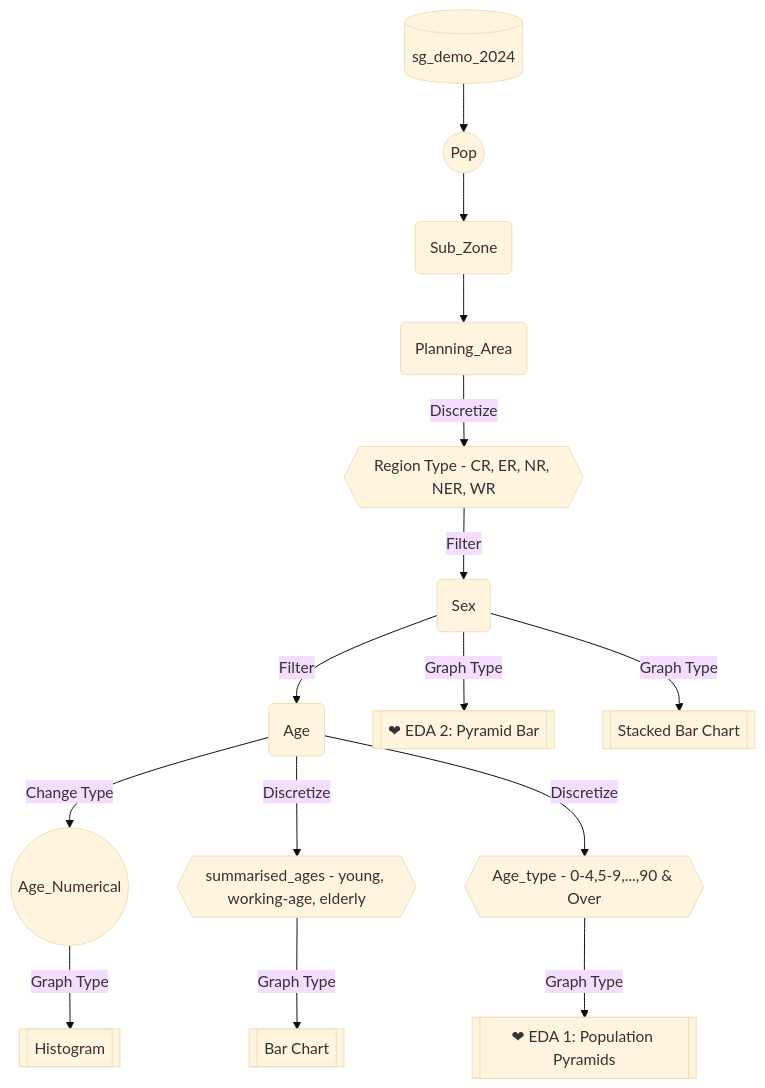
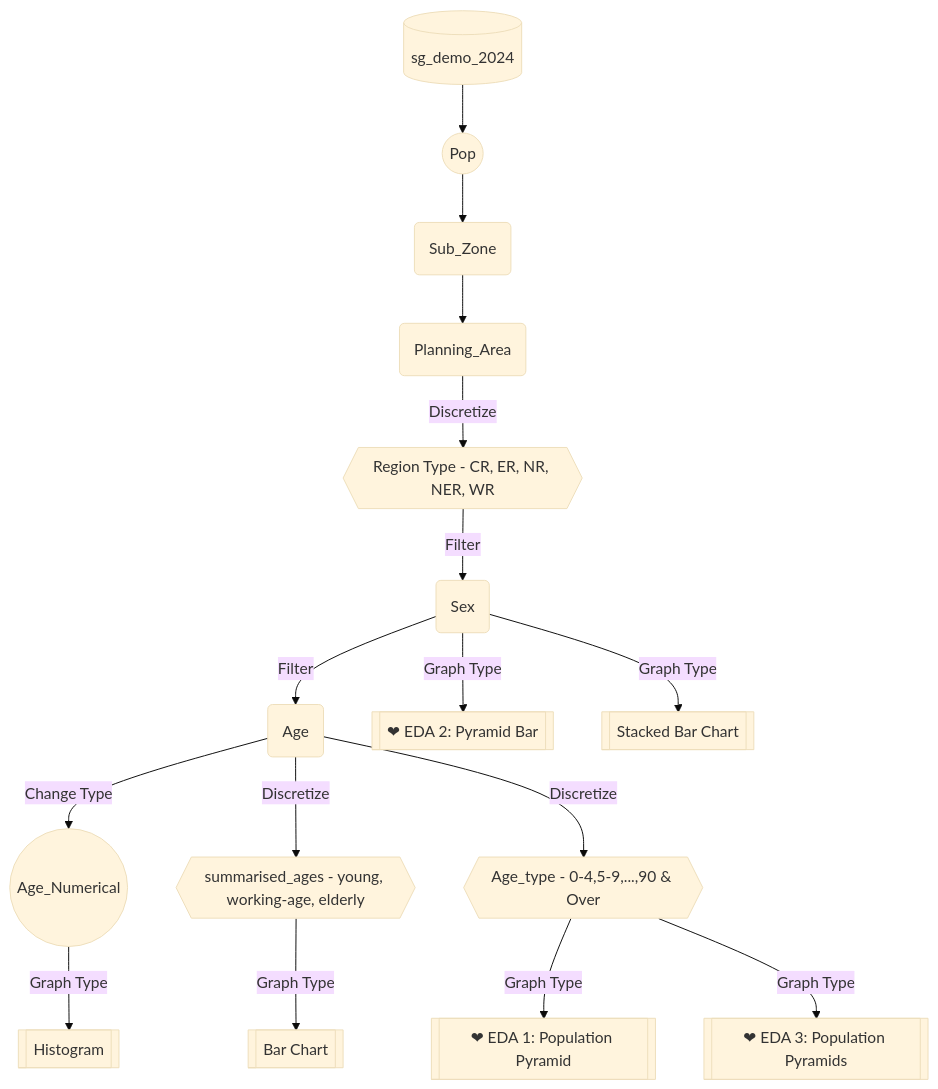
The diagram in Take-home_Ex/Take-home_Ex01/Take-home_Ex01.qmd (dreytwy/ISSS608-VAA), drawn with Mermaid before and after one commit. The commit also changed other lines of this file and 56 other files, not shown here.

````diff
--- a/Take-home_Ex/Take-home_Ex01/Take-home_Ex01.qmd
+++ b/Take-home_Ex/Take-home_Ex01/Take-home_Ex01.qmd
@@ -211,34 +218,36 @@
 ```{mermaid}
 %%| echo: false
 
 %%{
   init: {
     'theme': 'base',
     'themeVariables': {
     }
   }
 }%%
 
 flowchart TD
     id1[(sg_demo_2024)]-->C((Pop))
     C((Pop))-->G(Sub_Zone)
     G(Sub_Zone)--> F(Planning_Area) 
 
     F -->|Discretize| id2{{Region Type - CR, ER, NR, NER, WR}}
     id2 -->|Filter| D(Sex)
     D(Sex)--> |Filter| B(Age)
     D(Sex)-->|Graph Type|K[[❤ EDA 2: Pyramid Bar]] 
 
     D(Sex)--> |Graph Type|N[[Stacked Bar Chart]]
 
     B(Age) -->|Change Type| H((Age_Numerical))
     B(Age) -->|Discretize| id3{{summarised_ages - young, working-age, elderly}}
     B(Age) -->|Discretize| id4{{Age_type - 0-4,5-9,...,90 & Over}}
 
     id3--> |Graph Type|M[[Bar Chart]]
-    id4--> |Graph Type|A[[❤ EDA 1: Population Pyramids]]
-   
+    id4--> |Graph Type|A[[❤ EDA 1: Population Pyramid]]
+    id4--> |Graph Type|L[[❤ EDA 3: Population Pyramids]]
+
     H((Age_Numerical))-->|Graph Type|O[[Histogram]] 
+
  
 
 ```
````
